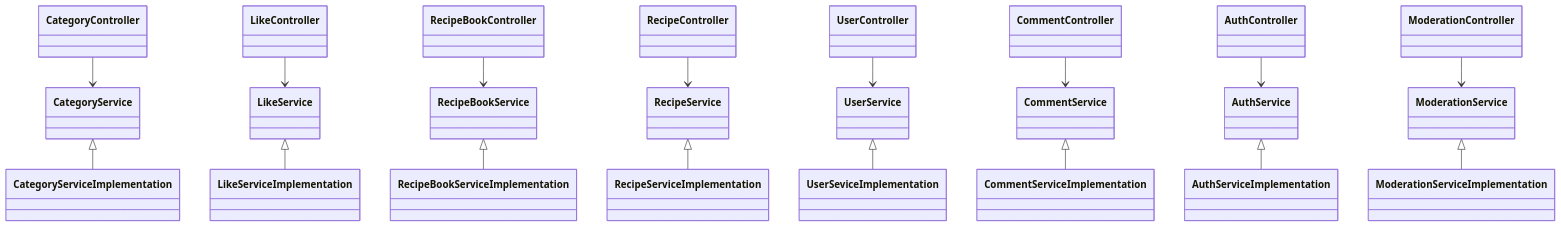
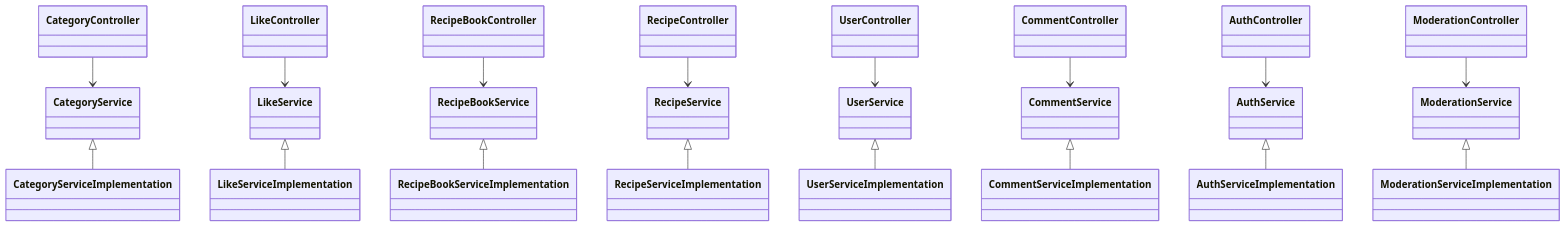
One commit to KczBen/hbv-601-h16 changed the second of 2 diagrams in Class Diagram.md. Above: the diagram before and after it, drawn with Mermaid. The commit also changed other lines of this file, not shown here.

Commit message:
Fix typo, consistent formatting

````diff
--- a/Class Diagram.md
+++ b/Class Diagram.md
@@ -88,98 +88,98 @@
 classDiagram
     CategoryController --> CategoryService
     CategoryService <|-- CategoryServiceImplementation
-    
+
     LikeController --> LikeService
     LikeService <|-- LikeServiceImplementation
-    
+
     RecipeBookController --> RecipeBookService
     RecipeBookService <|-- RecipeBookServiceImplementation
-    
+
     RecipeController --> RecipeService
     RecipeService <|-- RecipeServiceImplementation
-    
+
     UserController --> UserService
-    UserService <|-- UserSeviceImplementation
-    
+    UserService <|-- UserServiceImplementation
+
     CommentController --> CommentService
     CommentService <|-- CommentServiceImplementation
-    
+
     AuthController --> AuthService
     AuthService <|-- AuthServiceImplementation
-    
+
     ModerationController --> ModerationService
     ModerationService <|-- ModerationServiceImplementation
-    
-    
+
+
     class CategoryController {
     }
-    
+
     class CategoryService {
     }
-    
+
     class CategoryServiceImplementation{
     }
-    
+
     class LikeController{
     }
-    
+
     class LikeService{
     }
-    
+
     class LikeServiceImplementation{
     }
-    
+
     class RecipeBookController{
     }
-    
+
     class RecipeBookService{
     }
-    
+
     class RecipeBookServiceImplementation{
     }
-    
+
     class CommentController{
     }
-    
+
     class CommentService{
     }
-    
+
     class CommentServiceImplementation{
     }
-    
+
     class UserController{
     }
-    
+
     class UserService{
     }
-    
-    class UserSeviceImplementation{
+
+    class UserServiceImplementation{
     }
-    
+
     class RecipeController{
     }
-    
+
     class RecipeService{
     }
-    
+
     class RecipeServiceImplementation{
     }
-    
+
     class AuthController{
     }
-    
+
     class AuthService{
     }
-    
+
     class AuthServiceImplementation{
     }
-    
+
     class ModerationController{
     }
-    
+
     class ModerationService{
     }
-    
+
     class ModerationServiceImplementation{
     }
 ```
````
